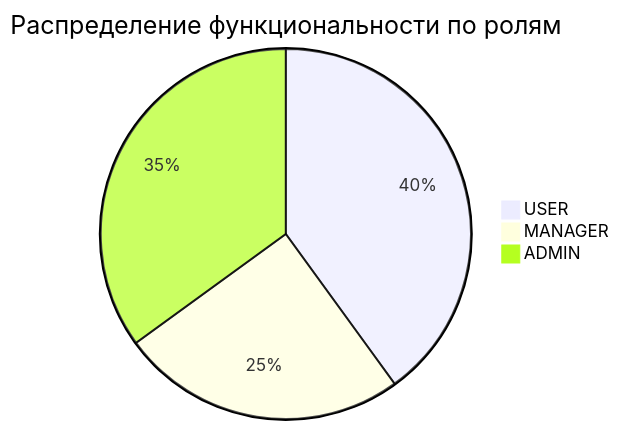
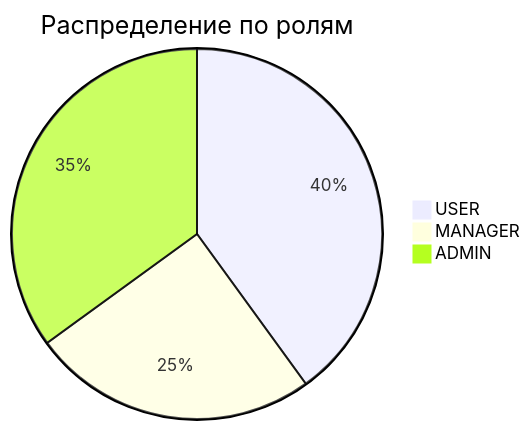
Before and after one commit to N1k3YB/turistic-agency: the fifth of 6 diagrams in README.md, drawn with Mermaid. The commit also changed other lines of this file, not shown here.

````diff
--- a/README.md
+++ b/README.md
@@ -254,6 +253,6 @@
 ```mermaid
-pie title Распределение функциональности по ролям
+pie title Распределение по ролям
     "USER" : 40
     "MANAGER" : 25
     "ADMIN" : 35
 ```
````
